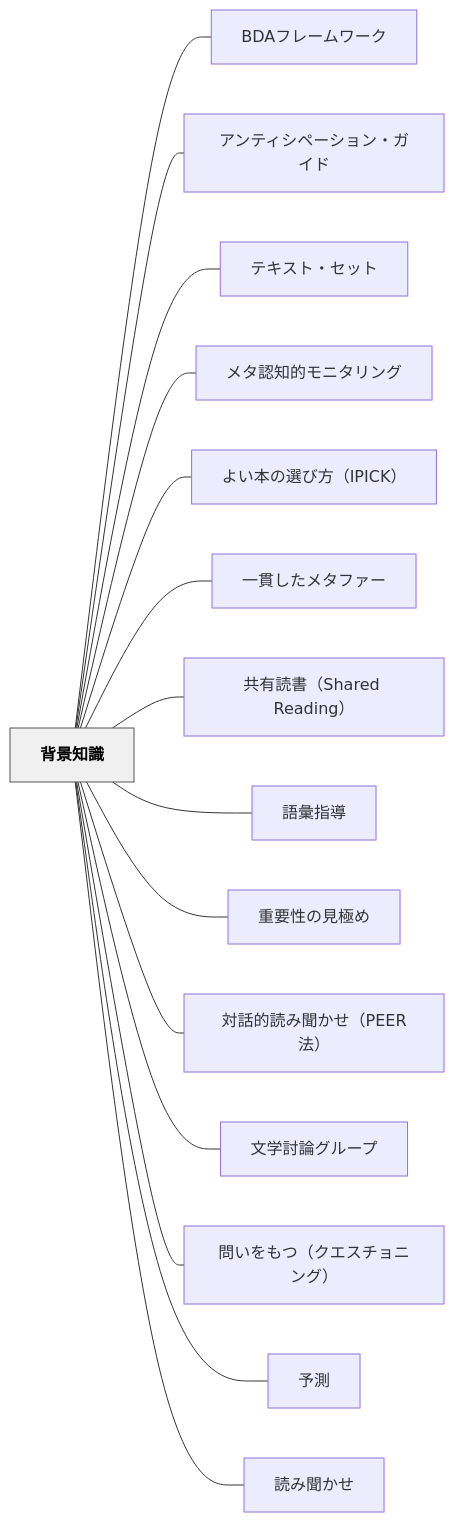
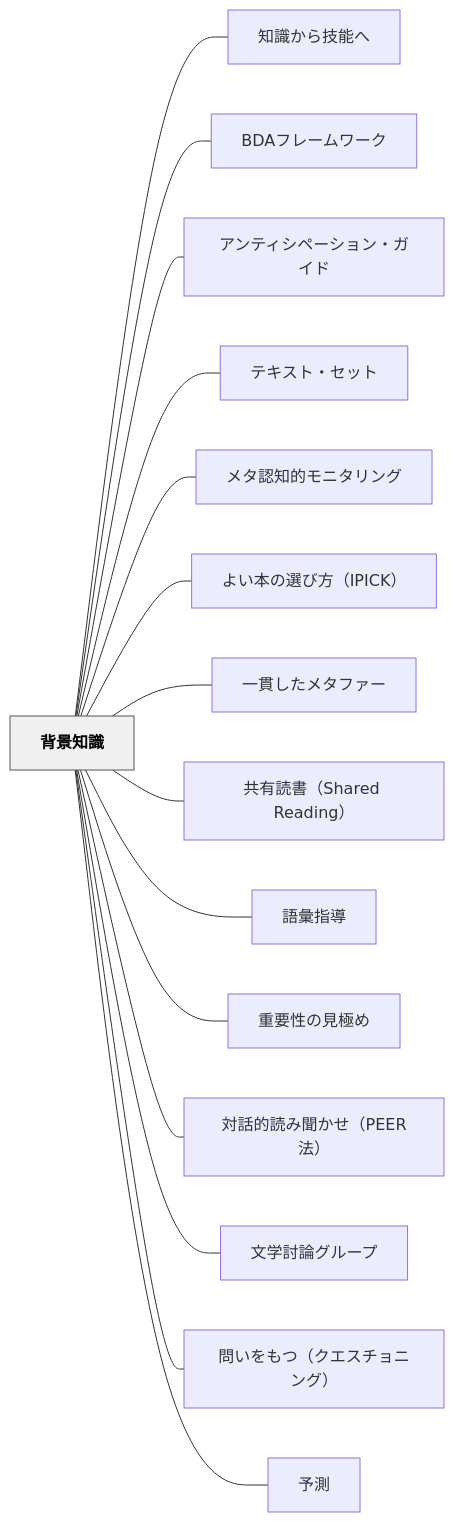
The diagram in content/パタン/背景知識.md (unknownthings-ed-patterns/unknownthings-ed-patterns), drawn with Mermaid before and after one commit. The commit also changed other lines of this file and 100 other files, not shown here.

````diff
--- a/content/パタン/背景知識.md
+++ b/content/パタン/背景知識.md
@@ -173,36 +174,36 @@
 ```mermaid
 flowchart LR
     ne8838ce699afe79fa5e8ad98["背景知識"]
+    ne79fa5e8ad98e3818be38289e68a80e883bde381b8["知識から技能へ"]
     n424441e38395e383ace383bce383a0e383afe383bce382af["BDAフレームワーク"]
     ne382a2e383b3e38386e382a3e382b7e3839ae383bce382b7e383a7e383b3e383bbe382ace382a4e38389["アンティシペーション・ガイド"]
     ne38386e382ade382b9e38388e383bbe382bbe38383e38388["テキスト・セット"]
     ne383a1e382bfe8aa8de79fa5e79a84e383a2e3838be382bfe383aae383b3e382b0["メタ認知的モニタリング"]
     ne38288e38184e69cace381aee981b8e381b3e696b9efbc88495049434befbc89["よい本の選び方（IPICK）"]
     ne4b880e8b2abe38197e3819fe383a1e382bfe38395e382a1e383bc["一貫したメタファー"]
     ne585b1e69c89e8aaade69bb8efbc885368617265642052656164696e67efbc89["共有読書（Shared Reading）"]
     ne8aa9ee5bd99e68c87e5b08e["語彙指導"]
     ne9878de8a681e680a7e381aee8a68be6a5b5e38281["重要性の見極め"]
     ne5afbee8a9b1e79a84e8aaade381bfe8819ee3818be3819befbc8850454552e6b395efbc89["対話的読み聞かせ（PEER法）"]
     ne69687e5ada6e8a88ee8ab96e382b0e383abe383bce38397["文学討論グループ"]
     ne5958fe38184e38292e38282e381a4efbc88e382afe382a8e382b9e38381e383a7e3838be383b3e382b0efbc89["問いをもつ（クエスチョニング）"]
     ne4ba88e6b8ac["予測"]
-    ne8aaade381bfe8819ee3818be3819b["読み聞かせ"]
 
+    ne8838ce699afe79fa5e8ad98 --- ne79fa5e8ad98e3818be38289e68a80e883bde381b8
     ne8838ce699afe79fa5e8ad98 --- n424441e38395e383ace383bce383a0e383afe383bce382af
     ne8838ce699afe79fa5e8ad98 --- ne382a2e383b3e38386e382a3e382b7e3839ae383bce382b7e383a7e383b3e383bbe382ace382a4e38389
     ne8838ce699afe79fa5e8ad98 --- ne38386e382ade382b9e38388e383bbe382bbe38383e38388
     ne8838ce699afe79fa5e8ad98 --- ne383a1e382bfe8aa8de79fa5e79a84e383a2e3838be382bfe383aae383b3e382b0
     ne8838ce699afe79fa5e8ad98 --- ne38288e38184e69cace381aee981b8e381b3e696b9efbc88495049434befbc89
     ne8838ce699afe79fa5e8ad98 --- ne4b880e8b2abe38197e3819fe383a1e382bfe38395e382a1e383bc
     ne8838ce699afe79fa5e8ad98 --- ne585b1e69c89e8aaade69bb8efbc885368617265642052656164696e67efbc89
     ne8838ce699afe79fa5e8ad98 --- ne8aa9ee5bd99e68c87e5b08e
     ne8838ce699afe79fa5e8ad98 --- ne9878de8a681e680a7e381aee8a68be6a5b5e38281
     ne8838ce699afe79fa5e8ad98 --- ne5afbee8a9b1e79a84e8aaade381bfe8819ee3818be3819befbc8850454552e6b395efbc89
     ne8838ce699afe79fa5e8ad98 --- ne69687e5ada6e8a88ee8ab96e382b0e383abe383bce38397
     ne8838ce699afe79fa5e8ad98 --- ne5958fe38184e38292e38282e381a4efbc88e382afe382a8e382b9e38381e383a7e3838be383b3e382b0efbc89
     ne8838ce699afe79fa5e8ad98 --- ne4ba88e6b8ac
-    ne8838ce699afe79fa5e8ad98 --- ne8aaade381bfe8819ee3818be3819b
 
     classDef hub fill:#f0f0f0,stroke:#555,color:#000,font-weight:bold
     class ne8838ce699afe79fa5e8ad98 hub
 ```
````
